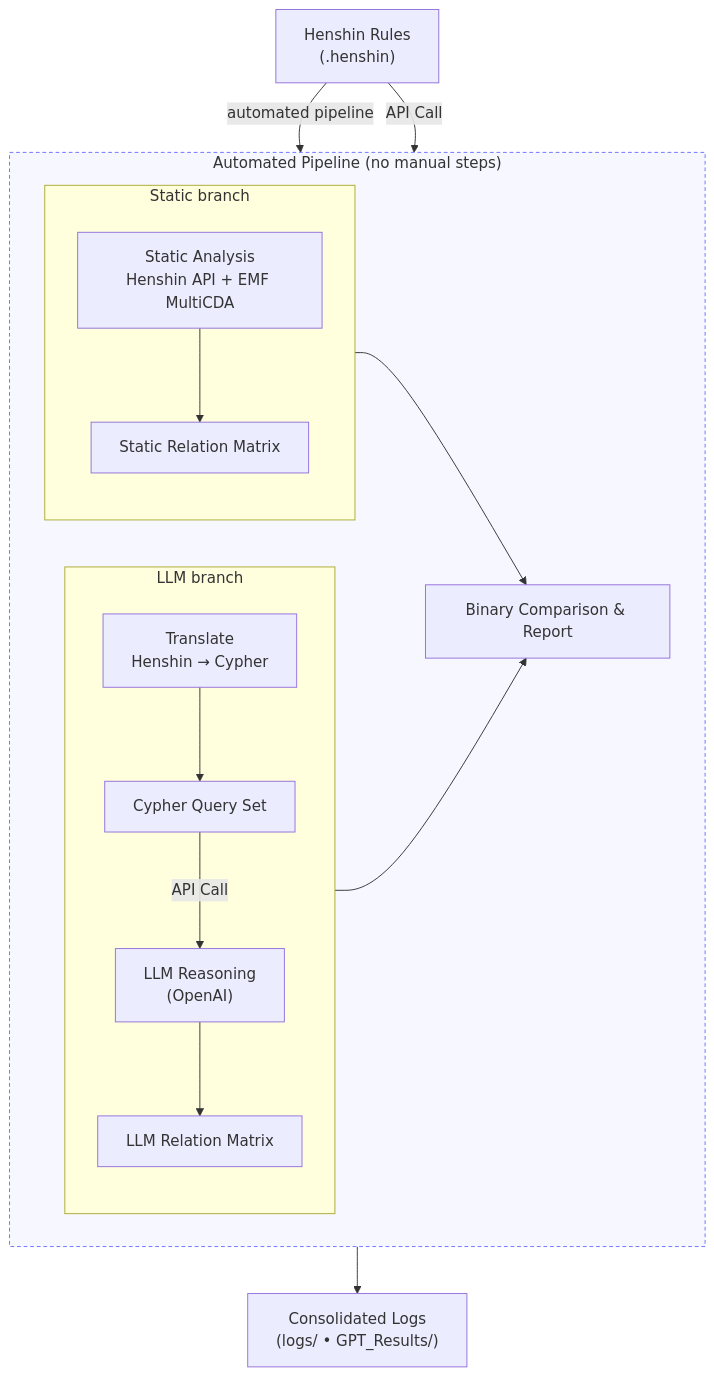
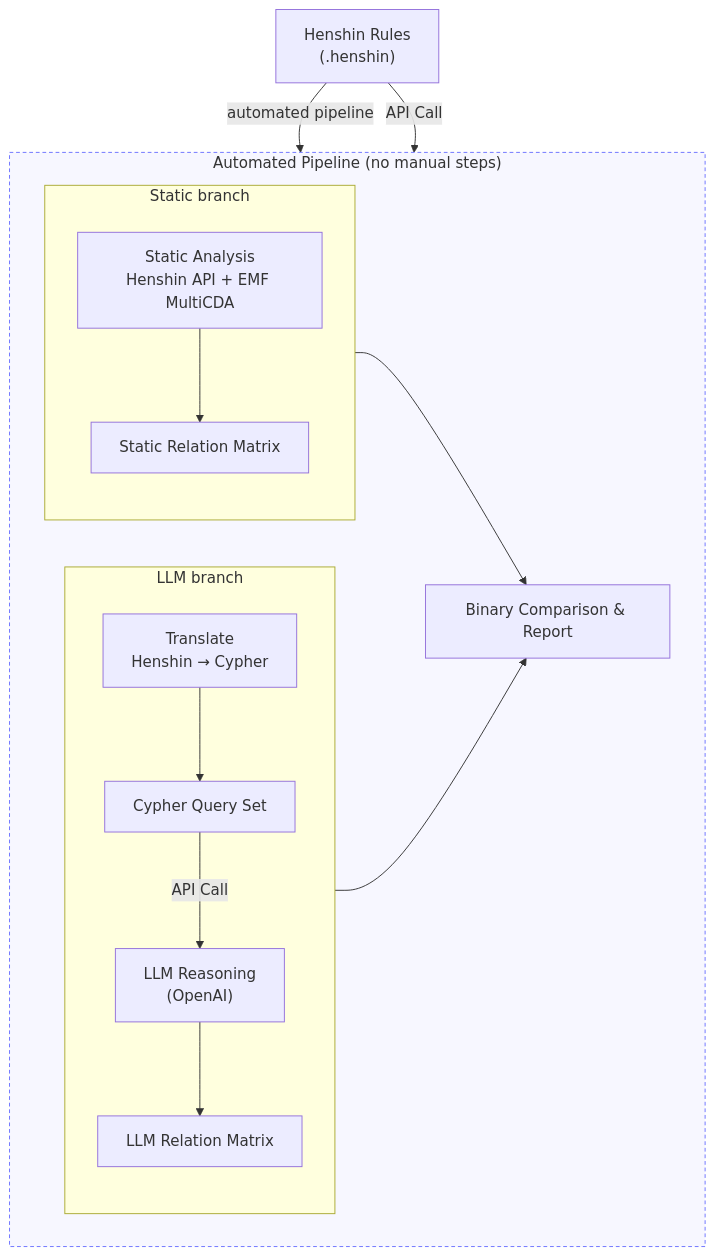
The diagram in README.md (Lugji/HenshinApplication), drawn with Mermaid before and after one commit.

````diff
--- a/README.md
+++ b/README.md
@@ -5,43 +5,41 @@
 ```mermaid
 %%{init: {'flowchart': {'htmlLabels': true}} }%%
 flowchart TD
   %% Outside the automated box
   A["Henshin Rules<br>(.henshin)"]
-  I["Consolidated Logs<br>(logs/ • GPT_Results/)"]
 
   %% Automated pipeline (everything inside runs without manual steps)
   subgraph Auto["Automated Pipeline (no manual steps)"]
     direction LR
 
     %% LLM branch (left)
     subgraph LLM["LLM branch"]
       direction TB
       B["Translate<br>Henshin → Cypher"]
       C["Cypher Query Set"]
       D["LLM Reasoning<br>(OpenAI)"]
       F["LLM Relation Matrix"]
     end
 
     %% Static branch (right)
     subgraph Static["Static branch"]
       direction TB
       E["Static Analysis<br>Henshin API + EMF MultiCDA"]
       G["Static Relation Matrix"]
     end
 
     %% Merge/report (still automated)
     H["Binary Comparison & Report"]
   end
 
   %% Flows (with your labels)
   A -->|automated pipeline| B
   B --> C -->|API Call| D --> F --> H
   A -->|API Call| E --> G --> H
-  H --> I
 
   %% Subtle styling for the box
   style Auto fill:#f7f7ff,stroke:#6b72ff,stroke-width:1px,stroke-dasharray:4 3
 
 
 
 ```
````
